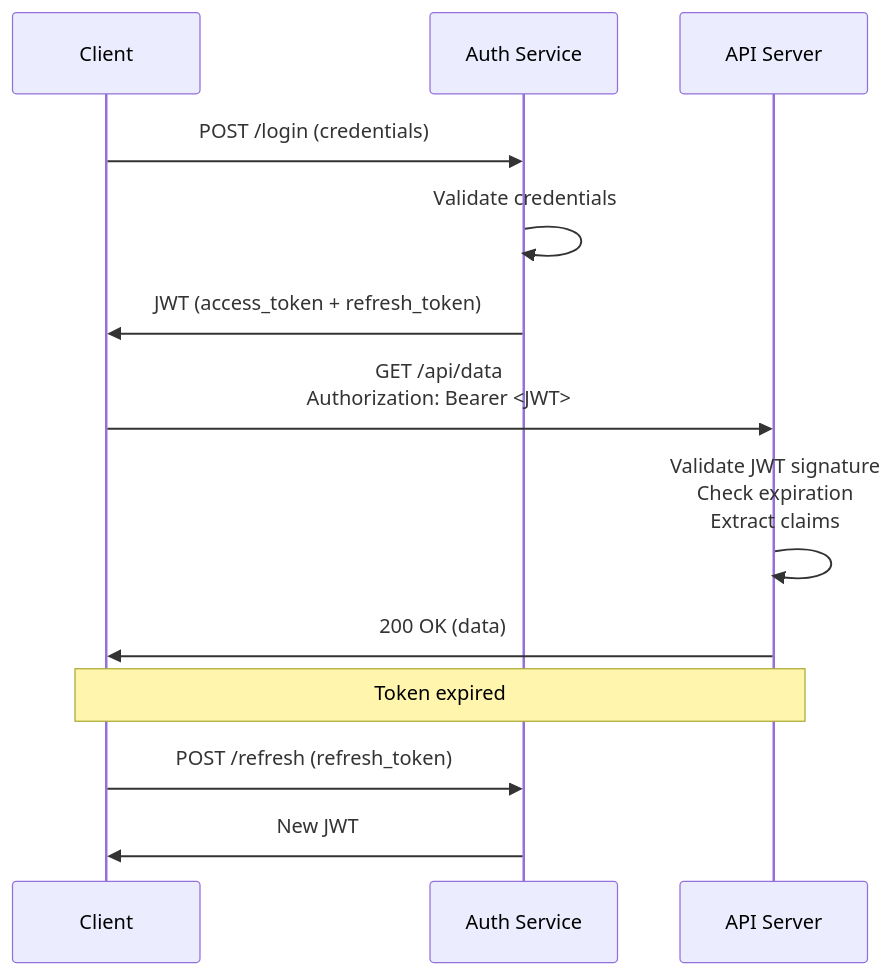
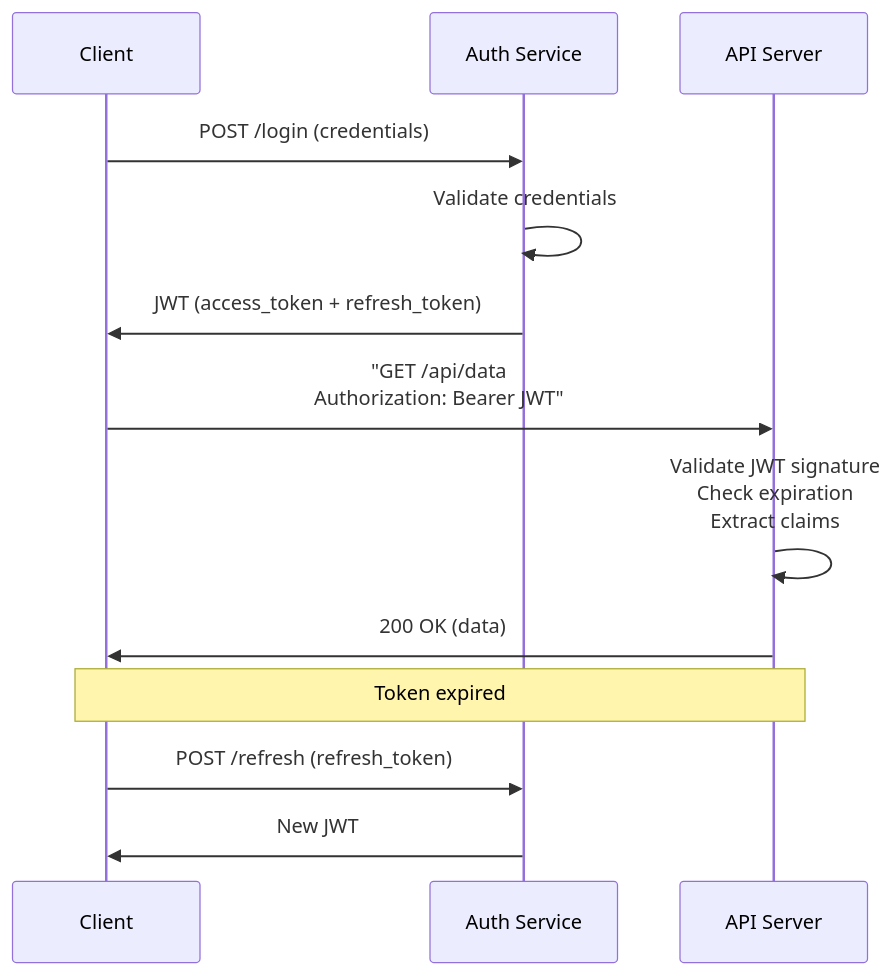
One commit to spawn08/system-design-interview changed the third of 5 diagrams in docs/basics/api_design.md. Above: the diagram before and after it, drawn with Mermaid. The commit also changed other lines of this file and 1740 other files, not shown here.

First line of the commit message:
Add new Mermaid diagrams for consensus algorithms and data consistency models

````diff
--- a/docs/basics/api_design.md
+++ b/docs/basics/api_design.md
@@ -676,18 +676,18 @@
 ```mermaid
 sequenceDiagram
     participant C as Client
     participant Auth as Auth Service
     participant API as API Server
 
     C->>Auth: POST /login (credentials)
     Auth->>Auth: Validate credentials
     Auth->>C: JWT (access_token + refresh_token)
     
-    C->>API: GET /api/data<br/>Authorization: Bearer <JWT>
+    C->>API: "GET /api/data<br/>Authorization: Bearer JWT"
     API->>API: Validate JWT signature<br/>Check expiration<br/>Extract claims
     API->>C: 200 OK (data)
     
     Note over C,API: Token expired
     C->>Auth: POST /refresh (refresh_token)
     Auth->>C: New JWT
 ```
````
